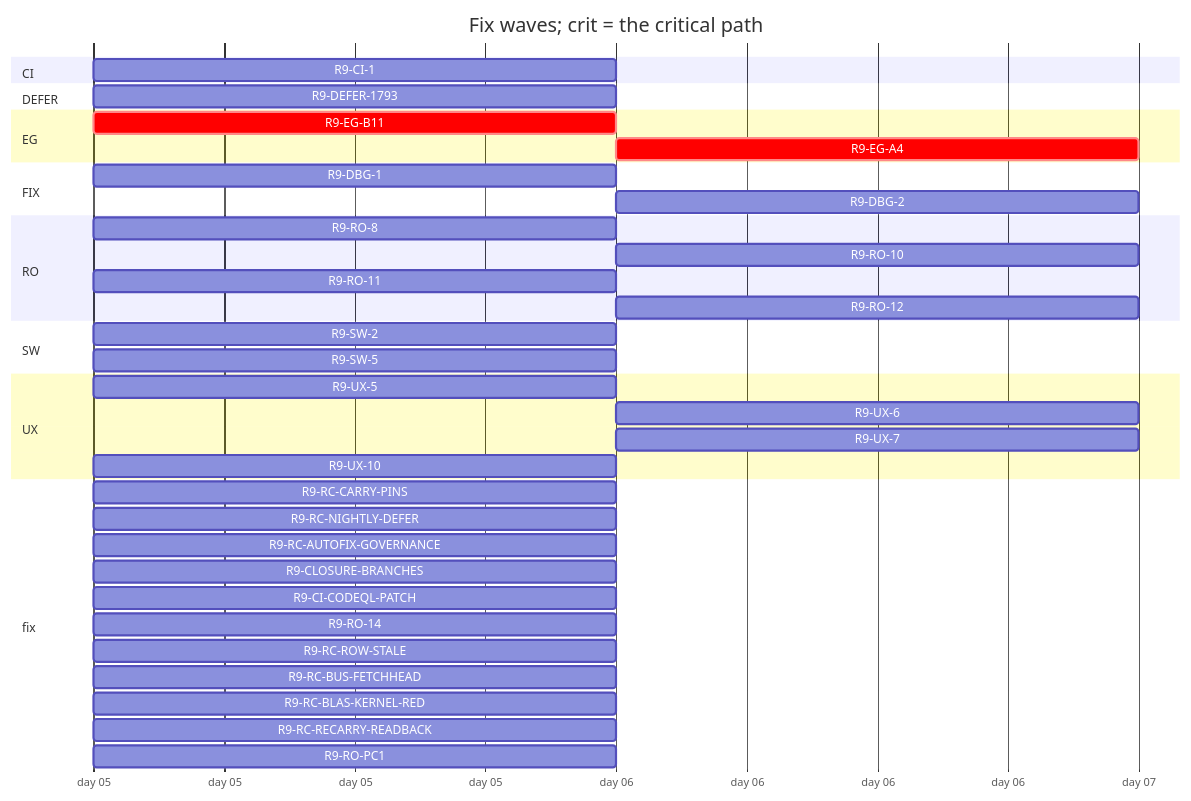
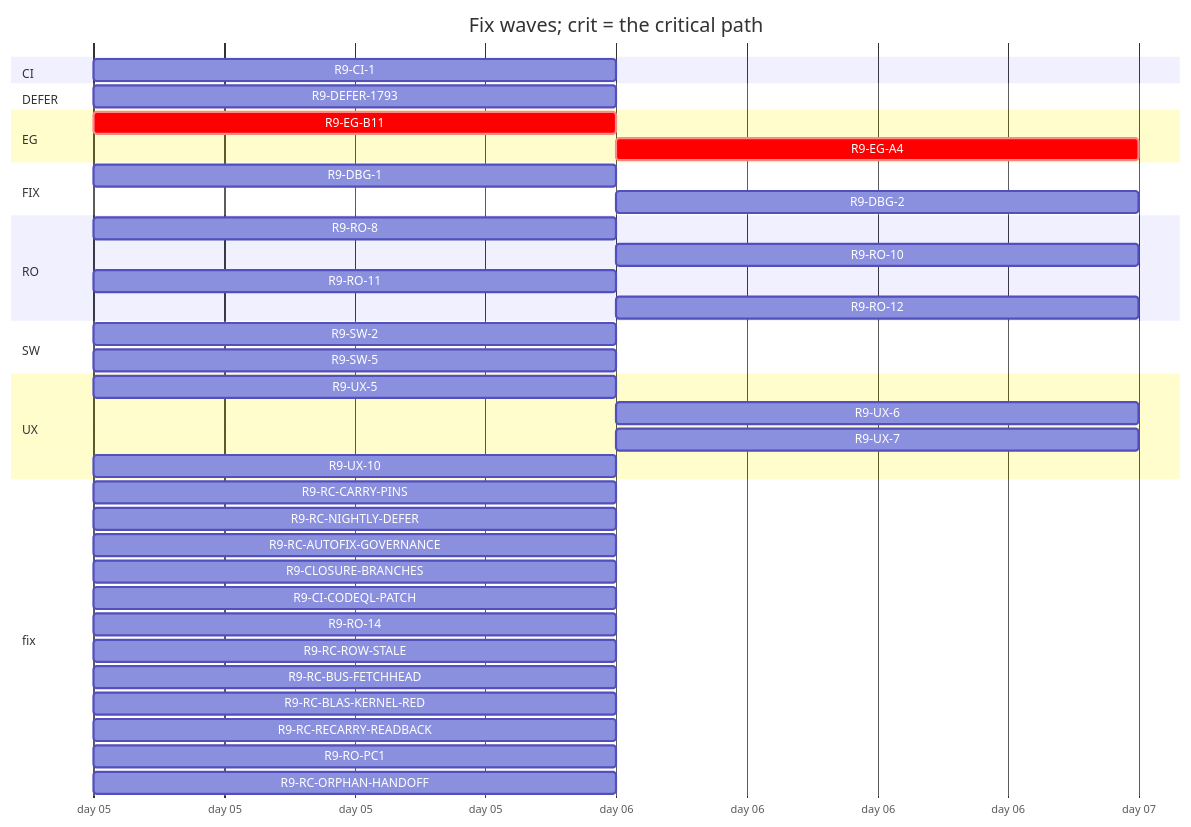
Before and after one commit to tvofi/heatpump_optimizer: the diagram in handoff/round9/state/PLAN-TABLE.md, drawn with Mermaid. The commit also changed other lines of this file and 2 other files, not shown here.

````diff
--- a/handoff/round9/state/PLAN-TABLE.md
+++ b/handoff/round9/state/PLAN-TABLE.md
@@ -21,41 +21,42 @@
 ```mermaid
 gantt
   title Fix waves; crit = the critical path
   dateFormat YYYY-MM-DD
   axisFormat day %d
   section CI
     R9-CI-1 :r9CI1, 2026-01-05, 1d
   section DEFER
     R9-DEFER-1793 :r9DEFER1793, 2026-01-05, 1d
   section EG
     R9-EG-B11 :crit, r9EGB11, 2026-01-05, 1d
     R9-EG-A4 :crit, r9EGA4, after r9EGB11, 1d
   section FIX
     R9-DBG-1 :r9DBG1, 2026-01-05, 1d
     R9-DBG-2 :r9DBG2, after r9DBG1, 1d
   section RO
     R9-RO-8 :r9RO8, 2026-01-05, 1d
     R9-RO-10 :r9RO10, after r9RO8, 1d
     R9-RO-11 :r9RO11, 2026-01-05, 1d
     R9-RO-12 :r9RO12, after r9CI1, 1d
   section SW
     R9-SW-2 :r9SW2, 2026-01-05, 1d
     R9-SW-5 :r9SW5, 2026-01-05, 1d
   section UX
     R9-UX-5 :r9UX5, 2026-01-05, 1d
     R9-UX-6 :r9UX6, after r9EGB11 r9UX5, 1d
     R9-UX-7 :r9UX7, after r9EGB11 r9UX5, 1d
     R9-UX-10 :r9UX10, 2026-01-05, 1d
   section fix
     R9-RC-CARRY-PINS :r9RCCARRYPINS, 2026-01-05, 1d
     R9-RC-NIGHTLY-DEFER :r9RCNIGHTLYDEFER, 2026-01-05, 1d
     R9-RC-AUTOFIX-GOVERNANCE :r9RCAUTOFIXGOVERNANCE, 2026-01-05, 1d
     R9-CLOSURE-BRANCHES :r9CLOSUREBRANCHES, 2026-01-05, 1d
     R9-CI-CODEQL-PATCH :r9CICODEQLPATCH, 2026-01-05, 1d
     R9-RO-14 :r9RO14, 2026-01-05, 1d
     R9-RC-ROW-STALE :r9RCROWSTALE, 2026-01-05, 1d
     R9-RC-BUS-FETCHHEAD :r9RCBUSFETCHHEAD, 2026-01-05, 1d
     R9-RC-BLAS-KERNEL-RED :r9RCBLASKERNELRED, 2026-01-05, 1d
     R9-RC-RECARRY-READBACK :r9RCRECARRYREADBACK, 2026-01-05, 1d
     R9-RO-PC1 :r9ROPC1, 2026-01-05, 1d
+    R9-RC-ORPHAN-HANDOFF :r9RCORPHANHANDOFF, 2026-01-05, 1d
 ```
````
